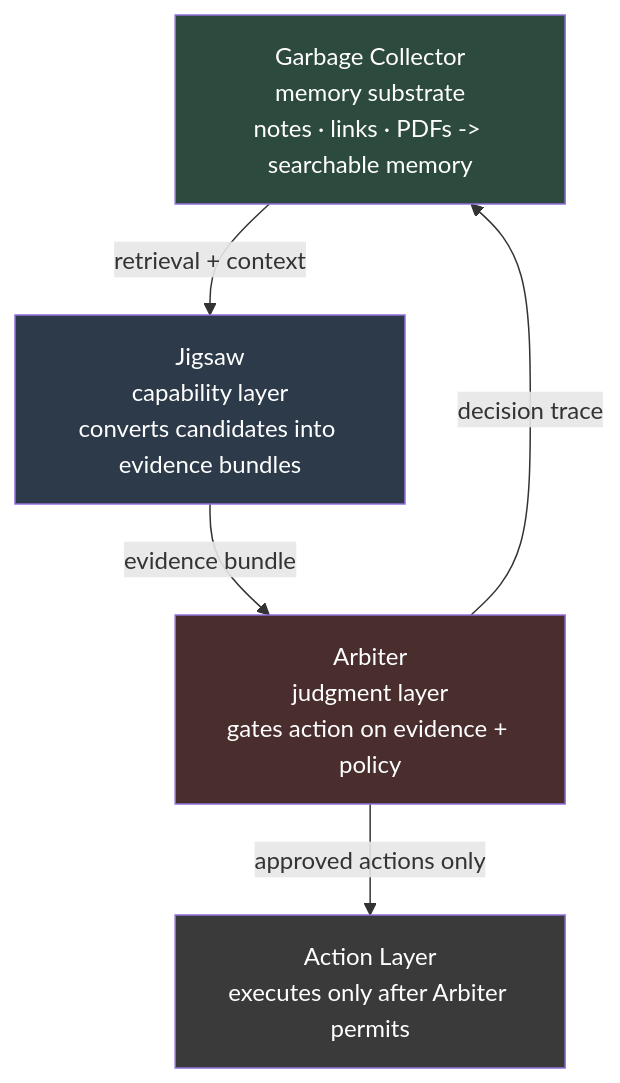
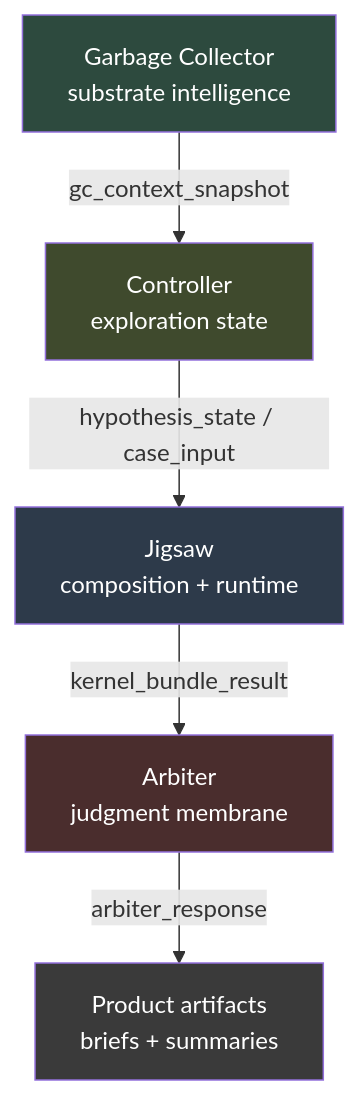
One commit to BytemasterWez/Jigsaw changed the first of 2 diagrams in FRAMEWORK_OVERVIEW.md. Above: the diagram before and after it, drawn with Mermaid. The commit also changed other lines of this file and 6 other files, not shown here.

Commit message:
docs: refresh public architecture overview

````diff
--- a/FRAMEWORK_OVERVIEW.md
+++ b/FRAMEWORK_OVERVIEW.md
@@ -59,17 +49,19 @@
 ```mermaid
 flowchart TD
-    GC["Garbage Collector<br/>memory substrate<br/>notes · links · PDFs -> searchable memory"]
-    JIG["Jigsaw<br/>capability layer<br/>converts candidates into evidence bundles"]
-    ARB["Arbiter<br/>judgment layer<br/>gates action on evidence + policy"]
-    ACT["Action Layer<br/>executes only after Arbiter permits"]
+    GC["Garbage Collector<br/>substrate intelligence"]
+    CTRL["Controller<br/>exploration state"]
+    JIG["Jigsaw<br/>composition + runtime"]
+    ARB["Arbiter<br/>judgment membrane"]
+    PROD["Product artifacts<br/>briefs + summaries"]
 
-    GC -- "retrieval + context" --> JIG
-    JIG -- "evidence bundle" --> ARB
-    ARB -- "decision trace" --> GC
-    ARB -- "approved actions only" --> ACT
+    GC -->|gc_context_snapshot| CTRL
+    CTRL -->|hypothesis_state / case_input| JIG
+    JIG -->|kernel_bundle_result| ARB
+    ARB -->|arbiter_response| PROD
 
     style GC fill:#2d4a3e,color:#fff
+    style CTRL fill:#3f4a2d,color:#fff
     style JIG fill:#2d3a4a,color:#fff
     style ARB fill:#4a2d2d,color:#fff
-    style ACT fill:#3a3a3a,color:#fff
+    style PROD fill:#3a3a3a,color:#fff
 ```
````
